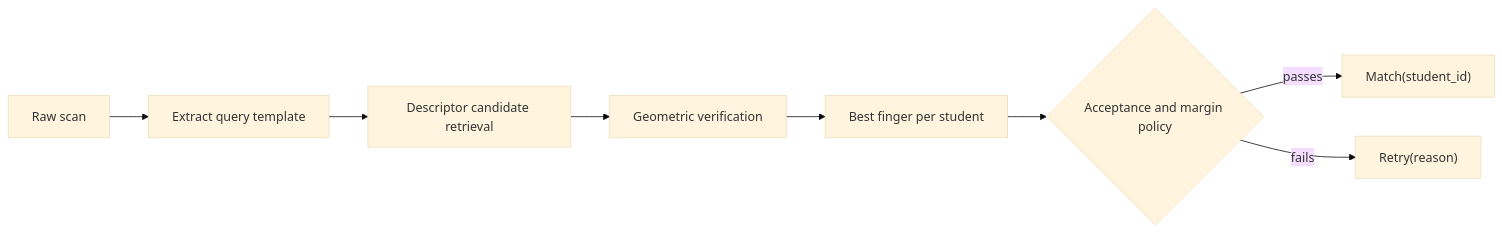
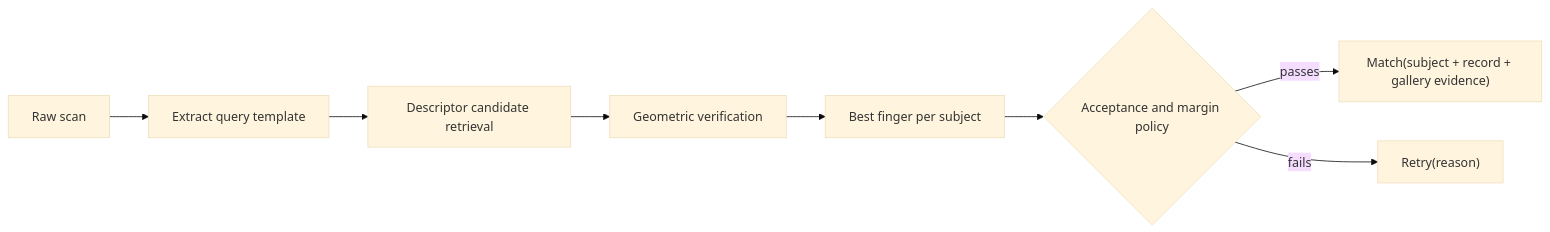
The fourth of 4 diagrams in feature/biometrics/verification/src/commonMain/rust/docs/sdk-architecture.md (DataInfosec/tanda), drawn with Mermaid (base theme) before and after one commit. The commit also changed other lines of this file and 24 other files, not shown here.

````diff
--- a/feature/biometrics/verification/src/commonMain/rust/docs/sdk-architecture.md
+++ b/feature/biometrics/verification/src/commonMain/rust/docs/sdk-architecture.md
@@ -160,10 +166,10 @@
 ```mermaid
 flowchart LR
     scan["Raw scan"] --> extract["Extract query template"]
     extract --> retrieve["Descriptor candidate retrieval"]
     retrieve --> verify["Geometric verification"]
-    verify --> collapse["Best finger per student"]
+    verify --> collapse["Best finger per subject"]
     collapse --> decision{"Acceptance and margin policy"}
-    decision -->|"passes"| match["Match(student_id)"]
+    decision -->|"passes"| match["Match(subject + record + gallery evidence)"]
     decision -->|"fails"| retry["Retry(reason)"]
 ```
````
